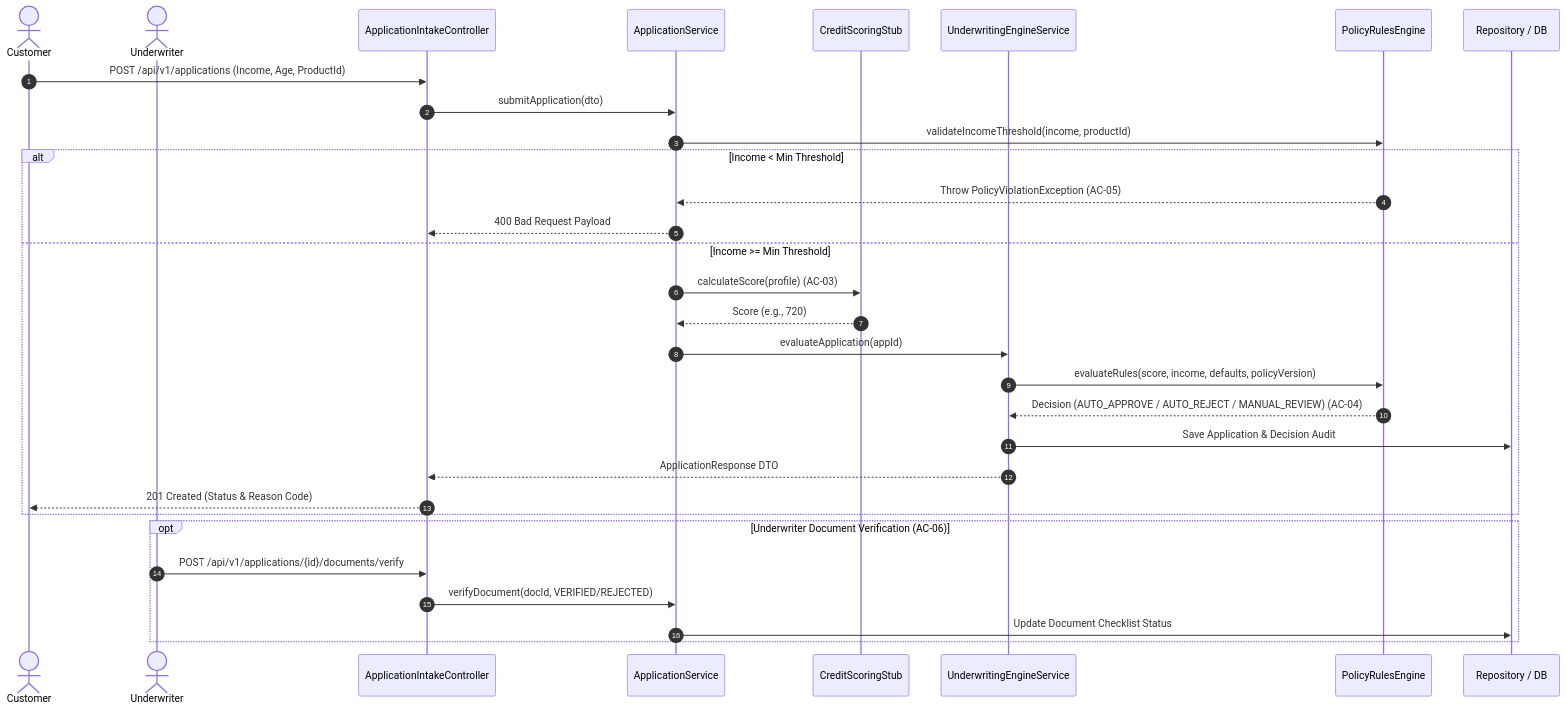
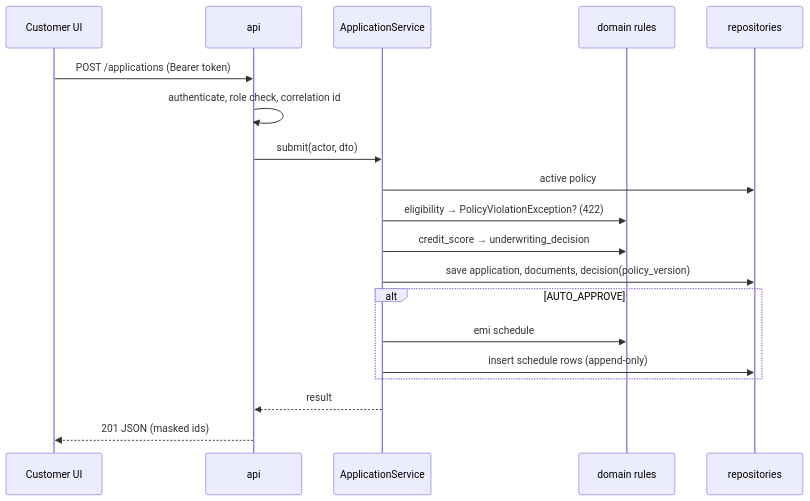
Before and after one commit to meghahaa/TrueLend_LoanOriginationPlatform: the second of 2 diagrams in docs/architecture.md, drawn with Mermaid. The commit also changed other lines of this file and 58 other files, not shown here.

````diff
--- a/docs/architecture.md
+++ b/docs/architecture.md
@@ -74,35 +37,21 @@
 ```mermaid
 sequenceDiagram
-    autonumber
-    actor Customer
-    actor Underwriter
-    participant API as ApplicationIntakeController
-    participant Intake as ApplicationService
-    participant Scorer as CreditScoringStub
-    participant UW as UnderwritingEngineService
-    participant Policy as PolicyRulesEngine
-    participant DB as Repository / DB
-
-    Customer->>API: POST /api/v1/applications (Income, Age, ProductId)
-    API->>Intake: submitApplication(dto)
-    Intake->>Policy: validateIncomeThreshold(income, productId)
-    alt Income < Min Threshold
-        Policy-->>Intake: Throw PolicyViolationException (AC-05)
-        Intake-->>API: 400 Bad Request Payload
-    else Income >= Min Threshold
-        Intake->>Scorer: calculateScore(profile) (AC-03)
-        Scorer-->>Intake: Score (e.g., 720)
-        Intake->>UW: evaluateApplication(appId)
-        UW->>Policy: evaluateRules(score, income, defaults, policyVersion)
-        Policy-->>UW: Decision (AUTO_APPROVE / AUTO_REJECT / MANUAL_REVIEW) (AC-04)
-        UW->>DB: Save Application & Decision Audit
-        UW-->>API: ApplicationResponse DTO
-        API-->>Customer: 201 Created (Status & Reason Code)
-    end
-
-    opt Underwriter Document Verification (AC-06)
-        Underwriter->>API: POST /api/v1/applications/{id}/documents/verify
-        API->>Intake: verifyDocument(docId, VERIFIED/REJECTED)
-        Intake->>DB: Update Document Checklist Status
-    end
+  participant C as Customer UI
+  participant A as api
+  participant S as ApplicationService
+  participant D as domain rules
+  participant R as repositories
+  C->>A: POST /applications (Bearer token)
+  A->>A: authenticate, role check, correlation id
+  A->>S: submit(actor, dto)
+  S->>R: active policy
+  S->>D: eligibility → PolicyViolationException? (422)
+  S->>D: credit_score → underwriting_decision
+  S->>R: save application, documents, decision(policy_version)
+  alt AUTO_APPROVE
+    S->>D: emi schedule
+    S->>R: insert schedule rows (append-only)
+  end
+  S-->>A: result
+  A-->>C: 201 JSON (masked ids)
 ```
````
